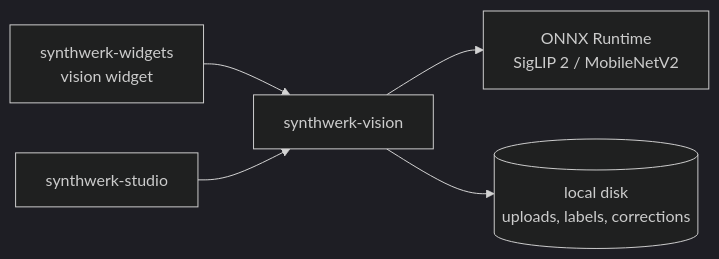
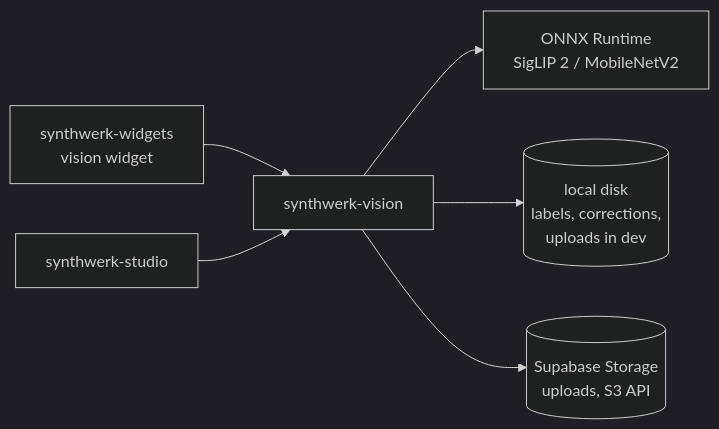
One commit to VelimirMueller/synthwerk-vision changed the diagram in docs/REFERENCE.md. Above: the diagram before and after it, drawn with Mermaid (dark theme). The commit also changed other lines of this file and 17 other files, not shown here.

Commit message:
feat(storage): store uploads in Supabase Storage, keyed and bounded per org (#40)

````diff
--- a/docs/REFERENCE.md
+++ b/docs/REFERENCE.md
@@ -8,7 +8,8 @@
 ```mermaid
 flowchart LR
   widgets[synthwerk-widgets<br/>vision widget] --> svc[synthwerk-vision]
   studio[synthwerk-studio] --> svc
   svc --> ort[ONNX Runtime<br/>SigLIP 2 / MobileNetV2]
-  svc --> disk[(local disk<br/>uploads, labels, corrections)]
+  svc --> disk[(local disk<br/>labels, corrections,<br/>uploads in dev)]
+  svc --> bucket[(Supabase Storage<br/>uploads, S3 API)]
 ```
````
